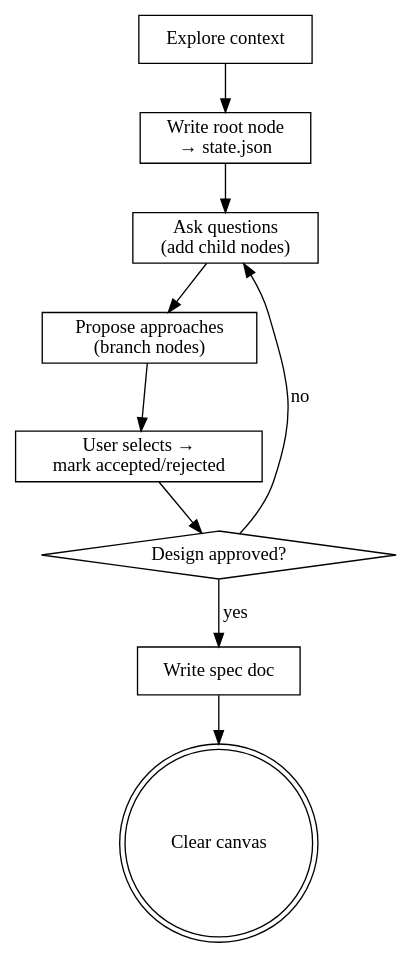
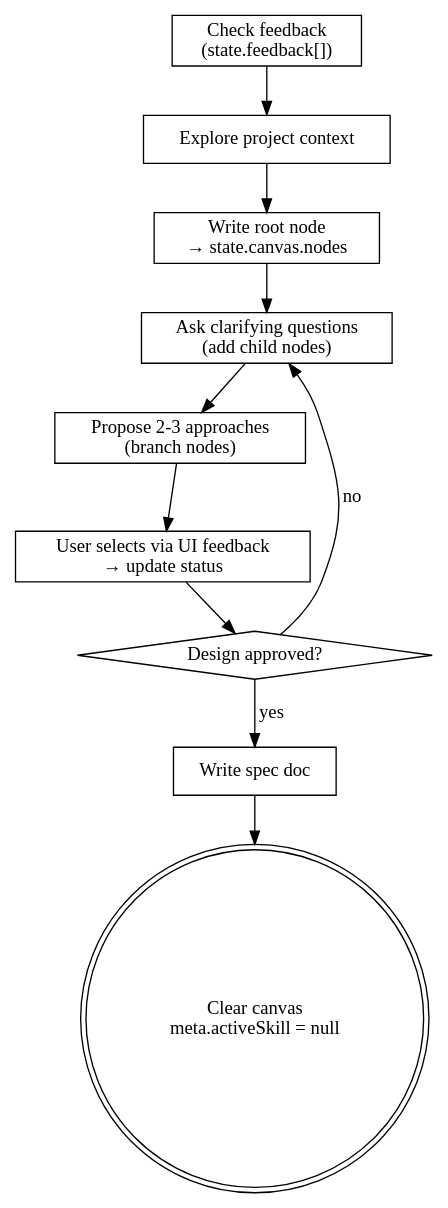
One commit to manzuxs/supermech changed the diagram in skills/visual-brainstorming/SKILL.md. Above: the diagram before and after it, drawn with Graphviz. The commit also changed other lines of this file and 23 other files, not shown here.

First line of the commit message:
refactor: simplify brainstorm interaction and enhance MindMap information display

````diff
--- a/skills/visual-brainstorming/SKILL.md
+++ b/skills/visual-brainstorming/SKILL.md
@@ -62,21 +42,23 @@
 ```dot
 digraph visual_brainstorming {
-    "Explore context" [shape=box];
-    "Write root node\n→ state.json" [shape=box];
-    "Ask questions\n(add child nodes)" [shape=box];
-    "Propose approaches\n(branch nodes)" [shape=box];
-    "User selects →\nmark accepted/rejected" [shape=box];
+    "Check feedback\n(state.feedback[])" [shape=box];
+    "Explore project context" [shape=box];
+    "Write root node\n→ state.canvas.nodes" [shape=box];
+    "Ask clarifying questions\n(add child nodes)" [shape=box];
+    "Propose 2-3 approaches\n(branch nodes)" [shape=box];
+    "User selects via UI feedback\n→ update status" [shape=box];
     "Design approved?" [shape=diamond];
     "Write spec doc" [shape=box];
-    "Clear canvas" [shape=doublecircle];
+    "Clear canvas\nmeta.activeSkill = null" [shape=doublecircle];
 
-    "Explore context" -> "Write root node\n→ state.json";
-    "Write root node\n→ state.json" -> "Ask questions\n(add child nodes)";
-    "Ask questions\n(add child nodes)" -> "Propose approaches\n(branch nodes)";
-    "Propose approaches\n(branch nodes)" -> "User selects →\nmark accepted/rejected";
-    "User selects →\nmark accepted/rejected" -> "Design approved?";
-    "Design approved?" -> "Ask questions\n(add child nodes)" [label="no"];
+    "Check feedback\n(state.feedback[])" -> "Explore project context";
+    "Explore project context" -> "Write root node\n→ state.canvas.nodes";
+    "Write root node\n→ state.canvas.nodes" -> "Ask clarifying questions\n(add child nodes)";
+    "Ask clarifying questions\n(add child nodes)" -> "Propose 2-3 approaches\n(branch nodes)";
+    "Propose 2-3 approaches\n(branch nodes)" -> "User selects via UI feedback\n→ update status";
+    "User selects via UI feedback\n→ update status" -> "Design approved?";
     "Design approved?" -> "Write spec doc" [label="yes"];
-    "Write spec doc" -> "Clear canvas";
+    "Design approved?" -> "Ask clarifying questions\n(add child nodes)" [label="no"];
+    "Write spec doc" -> "Clear canvas\nmeta.activeSkill = null";
 }
 ```
````
